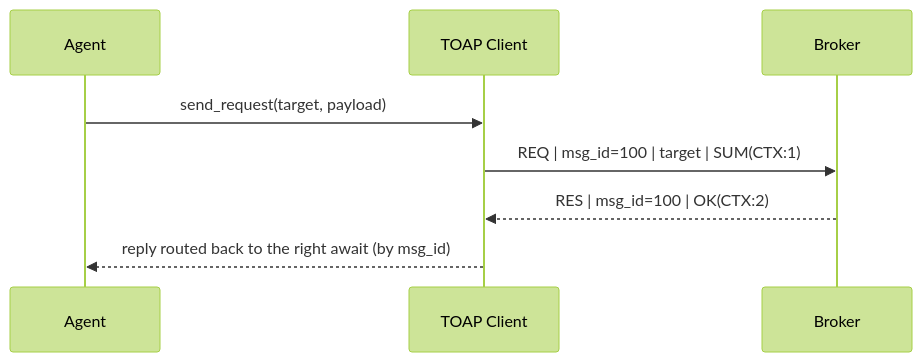
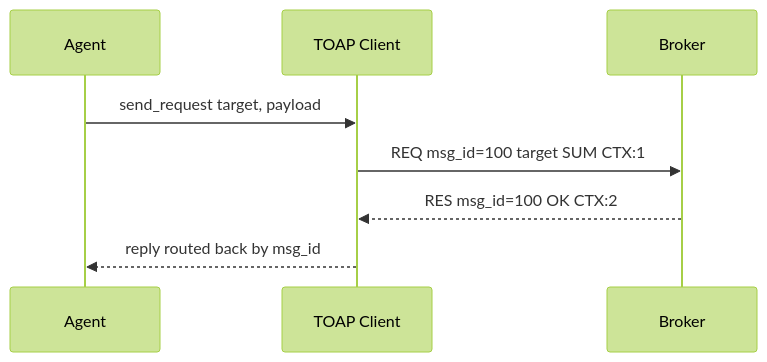
The fifth of 15 diagrams in docs/EXPLAINER.md (parnish007/TOAP), drawn with Mermaid (forest theme) before and after one commit. The commit also changed other lines of this file, not shown here.

Commit message:
Fix mermaid rendering: simplify sequence-diagram syntax (drop br/parens/arrows in Note and message text), quote cylinder labels

````diff
--- a/docs/EXPLAINER.md
+++ b/docs/EXPLAINER.md
@@ -137,10 +137,10 @@
 ```mermaid
 sequenceDiagram
     participant Ag as Agent
     participant Cl as TOAP Client
     participant Br as Broker
-    Ag->>Cl: send_request(target, payload)
-    Cl->>Br: REQ | msg_id=100 | target | SUM(CTX:1)
-    Br-->>Cl: RES | msg_id=100 | OK(CTX:2)
-    Cl-->>Ag: reply routed back to the right await (by msg_id)
+    Ag->>Cl: send_request target, payload
+    Cl->>Br: REQ msg_id=100 target SUM CTX:1
+    Br-->>Cl: RES msg_id=100 OK CTX:2
+    Cl-->>Ag: reply routed back by msg_id
 ```
````
